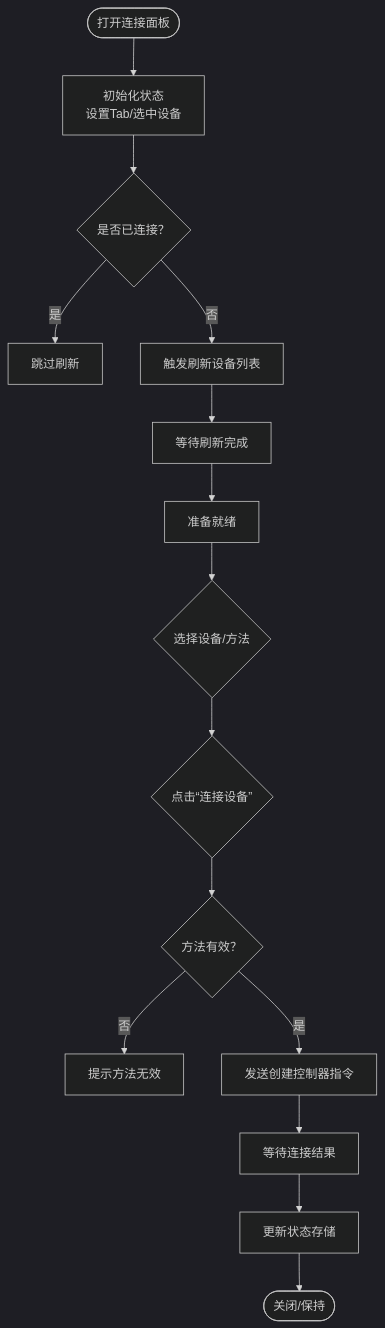
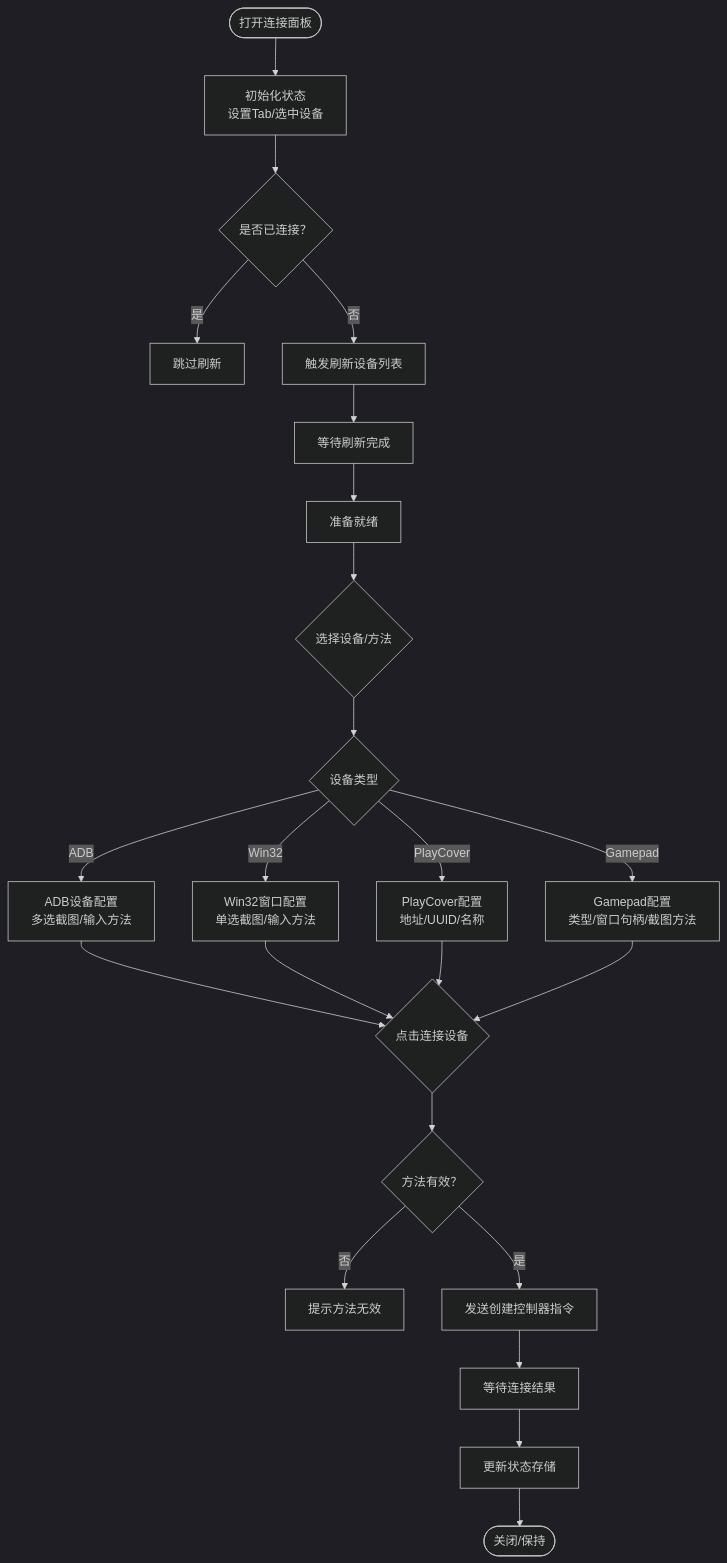
One commit to kqcoxn/MaaPipelineEditor changed the third of 8 diagrams in .qoder/repowiki/zh/content/核心概念/连接面板.md. Above: the diagram before and after it, drawn with Mermaid (dark theme). The commit also changed other lines of this file and 8 other files, not shown here.

````diff
--- a/.qoder/repowiki/zh/content/核心概念/连接面板.md
+++ b/.qoder/repowiki/zh/content/核心概念/连接面板.md
@@ -174,17 +207,25 @@
 ```mermaid
 flowchart TD
 Start(["打开连接面板"]) --> Init["初始化状态<br/>设置Tab/选中设备"]
 Init --> Refresh{"是否已连接？"}
 Refresh --> |是| Skip["跳过刷新"]
 Refresh --> |否| DoRefresh["触发刷新设备列表"]
 DoRefresh --> Wait["等待刷新完成"]
 Wait --> Ready["准备就绪"]
 Ready --> Choose{"选择设备/方法"}
-Choose --> Connect{"点击“连接设备”"}
+Choose --> Type{"设备类型"}
+Type --> |ADB| ADBConfig["ADB设备配置<br/>多选截图/输入方法"]
+Type --> |Win32| Win32Config["Win32窗口配置<br/>单选截图/输入方法"]
+Type --> |PlayCover| PCConfig["PlayCover配置<br/>地址/UUID/名称"]
+Type --> |Gamepad| GPConfig["Gamepad配置<br/>类型/窗口句柄/截图方法"]
+ADBConfig --> Connect{"点击"连接设备""}
+Win32Config --> Connect
+PCConfig --> Connect
+GPConfig --> Connect
 Connect --> Valid{"方法有效？"}
 Valid --> |否| Warn["提示方法无效"]
 Valid --> |是| Send["发送创建控制器指令"]
 Send --> Status["等待连接结果"]
 Status --> Done["更新状态存储"]
 Done --> End(["关闭/保持"])
 ```
````
